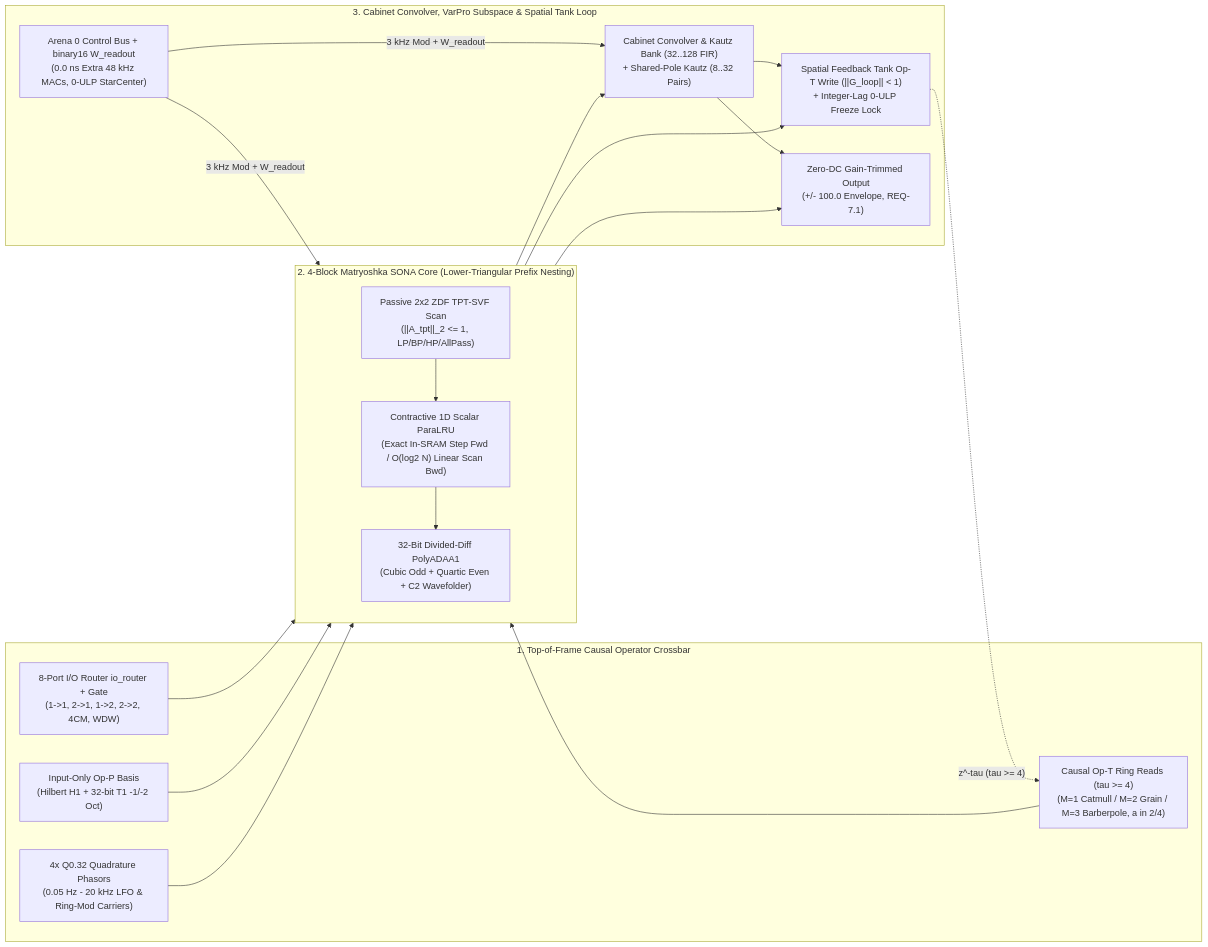
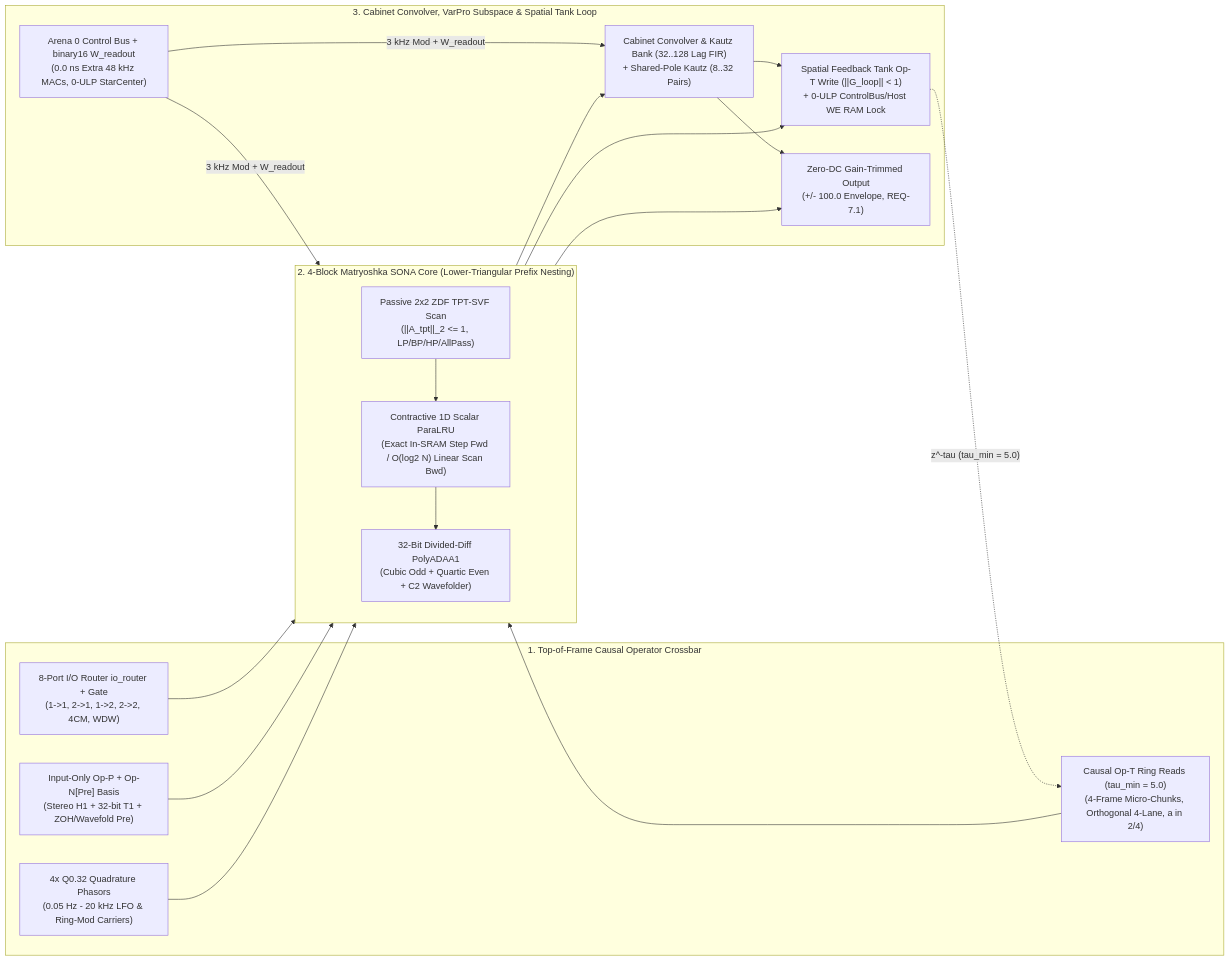
The first of 7 diagrams in docs/specs/architecture/sona_architecture.md (mokugen/dnam), drawn with Mermaid before and after one commit. The commit also changed other lines of this file and 34 other files, not shown here.

Commit message:
docs(sona): lock 5-crate diamond, .dnam-bin VM format & clean-room M5 specs

````diff
--- a/docs/specs/architecture/sona_architecture.md
+++ b/docs/specs/architecture/sona_architecture.md
@@ -80,29 +82,29 @@
 ```mermaid
 flowchart LR
     subgraph TopCrossbar ["1. Top-of-Frame Causal Operator Crossbar"]
         Router["8-Port I/O Router io_router + Gate<br/>(1->1, 2->1, 1->2, 2->2, 4CM, WDW)"]
-        OpP["Input-Only Op-P Basis<br/>(Hilbert H1 + 32-bit T1 -1/-2 Oct)"]
+        OpP["Input-Only Op-P + Op-N[Pre] Basis<br/>(Stereo H1 + 32-bit T1 + ZOH/Wavefold Pre)"]
         Phasors["4x Q0.32 Quadrature Phasors<br/>(0.05 Hz - 20 kHz LFO & Ring-Mod Carriers)"]
-        OpTRead["Causal Op-T Ring Reads (tau >= 4)<br/>(M=1 Catmull / M=2 Grain / M=3 Barberpole, a in 2/4)"]
+        OpTRead["Causal Op-T Ring Reads (tau_min = 5.0)<br/>(4-Frame Micro-Chunks, Orthogonal 4-Lane, a in 2/4)"]
     end
 
     subgraph SonaCore ["2. 4-Block Matryoshka SONA Core (Lower-Triangular Prefix Nesting)"]
         SVF["Passive 2x2 ZDF TPT-SVF Scan<br/>(||A_tpt||_2 <= 1, LP/BP/HP/AllPass)"]
         LRU["Contractive 1D Scalar ParaLRU<br/>(Exact In-SRAM Step Fwd / O(log2 N) Linear Scan Bwd)"]
         ADAA["32-Bit Divided-Diff PolyADAA1<br/>(Cubic Odd + Quartic Even + C2 Wavefolder)"]
         SVF --> LRU --> ADAA
     end
 
     subgraph ReadoutLoop ["3. Cabinet Convolver, VarPro Subspace & Spatial Tank Loop"]
-        Cab["Cabinet Convolver & Kautz Bank (32..128 FIR)<br/>+ Shared-Pole Kautz (8..32 Pairs)"]
+        Cab["Cabinet Convolver & Kautz Bank (32..128 Lag FIR)<br/>+ Shared-Pole Kautz (8..32 Pairs)"]
         Ctrl["Arena 0 Control Bus + binary16 W_readout<br/>(0.0 ns Extra 48 kHz MACs, 0-ULP StarCenter)"]
-        LoopFB["Spatial Feedback Tank Op-T Write (||G_loop|| < 1)<br/>+ Integer-Lag 0-ULP Freeze Lock"]
+        LoopFB["Spatial Feedback Tank Op-T Write (||G_loop|| < 1)<br/>+ 0-ULP ControlBus/Host WE RAM Lock"]
         Out["Zero-DC Gain-Trimmed Output<br/>(+/- 100.0 Envelope, REQ-7.1)"]
     end
 
     Router & OpP & Phasors & OpTRead --> SonaCore
     SonaCore --> Cab --> Out
     SonaCore --> Out
     Ctrl -->|"3 kHz Mod + W_readout"| SonaCore & Cab
-    SonaCore & Cab --> LoopFB -. "z^-tau (tau >= 4)" .-> OpTRead
+    SonaCore & Cab --> LoopFB -. "z^-tau (tau_min = 5.0)" .-> OpTRead
 ```
````
